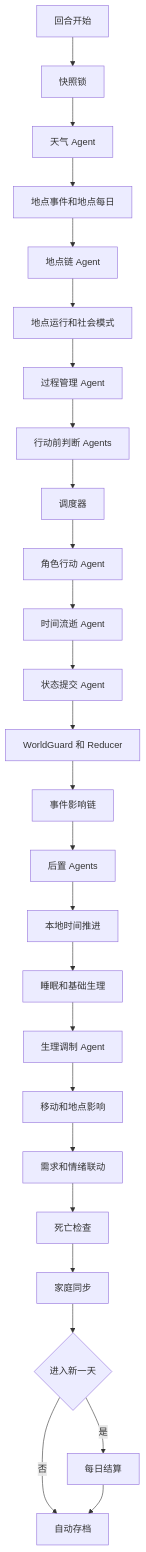
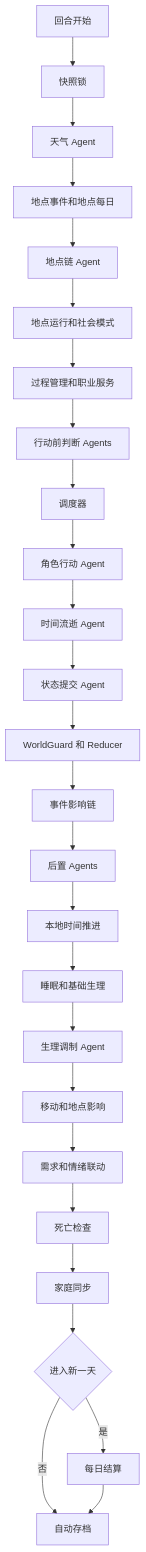
Before and after one commit to Whom001x/agentbox-town: the first of 5 diagrams in README.md, drawn with Mermaid. The commit also changed other lines of this file and 1 other file, not shown here.

````diff
--- a/README.md
+++ b/README.md
@@ -25,28 +37,28 @@
 ```mermaid
 flowchart TD
   A[回合开始] --> B[快照锁]
   B --> C[天气 Agent]
   C --> D[地点事件和地点每日]
   D --> E[地点链 Agent]
   E --> F[地点运行和社会模式]
-  F --> G[过程管理 Agent]
+  F --> G[过程管理和职业服务]
   G --> H[行动前判断 Agents]
   H --> I[调度器]
   I --> J[角色行动 Agent]
   J --> K[时间流逝 Agent]
   K --> L[状态提交 Agent]
   L --> M[WorldGuard 和 Reducer]
   M --> N[事件影响链]
   N --> O[后置 Agents]
   O --> P[本地时间推进]
   P --> Q[睡眠和基础生理]
   Q --> R[生理调制 Agent]
   R --> S[移动和地点影响]
   S --> T[需求和情绪联动]
   T --> U[死亡检查]
   U --> V[家庭同步]
   V --> W{进入新一天}
   W -->|否| X[自动存档]
   W -->|是| Y[每日结算]
   Y --> X
 ```
````
